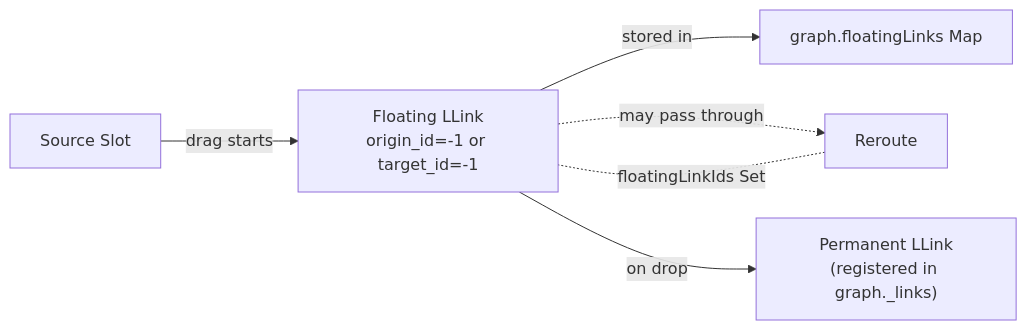
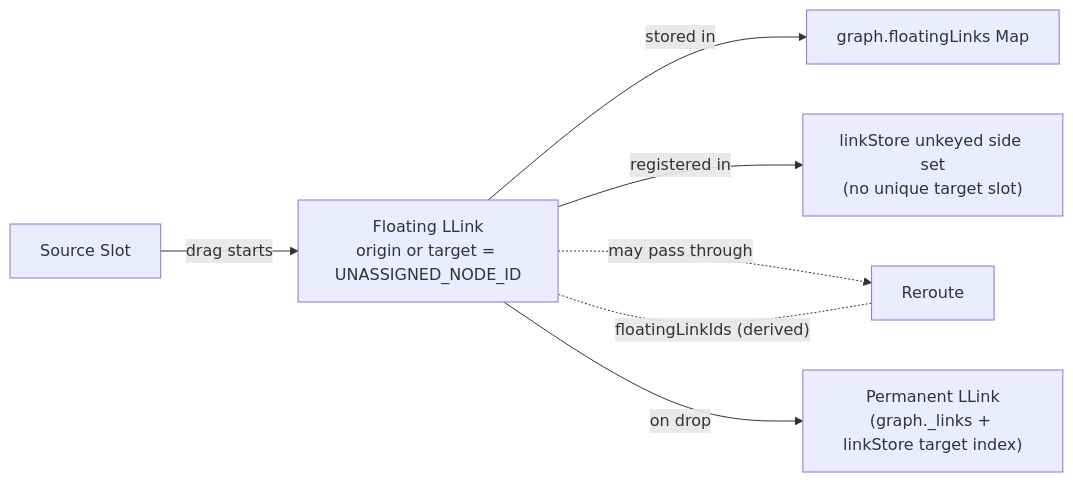
The fourth of 13 diagrams in docs/architecture/entity-interactions.md (Comfy-Org/ComfyUI_frontend), drawn with Mermaid before and after one commit. The commit also changed other lines of this file and 9 other files, not shown here.

First line of the commit message:
docs: align ECS architecture records with shipped link/reroute stores

````diff
--- a/docs/architecture/entity-interactions.md
+++ b/docs/architecture/entity-interactions.md
@@ -142,10 +146,12 @@
 ```mermaid
 graph LR
     Slot["Source Slot"] -->|"drag starts"| FL["Floating LLink
-origin_id=-1 or target_id=-1"]
+origin or target = UNASSIGNED_NODE_ID"]
     FL -->|"stored in"| FLMap["graph.floatingLinks Map"]
+    FL -->|"registered in"| SideSet["linkStore unkeyed side set
+(no unique target slot)"]
     FL -.->|"may pass through"| Reroute
-    Reroute -.-|"floatingLinkIds Set"| FL
+    Reroute -.-|"floatingLinkIds (derived)"| FL
     FL -->|"on drop"| Permanent["Permanent LLink
-(registered in graph._links)"]
+(graph._links + linkStore target index)"]
 ```
````
